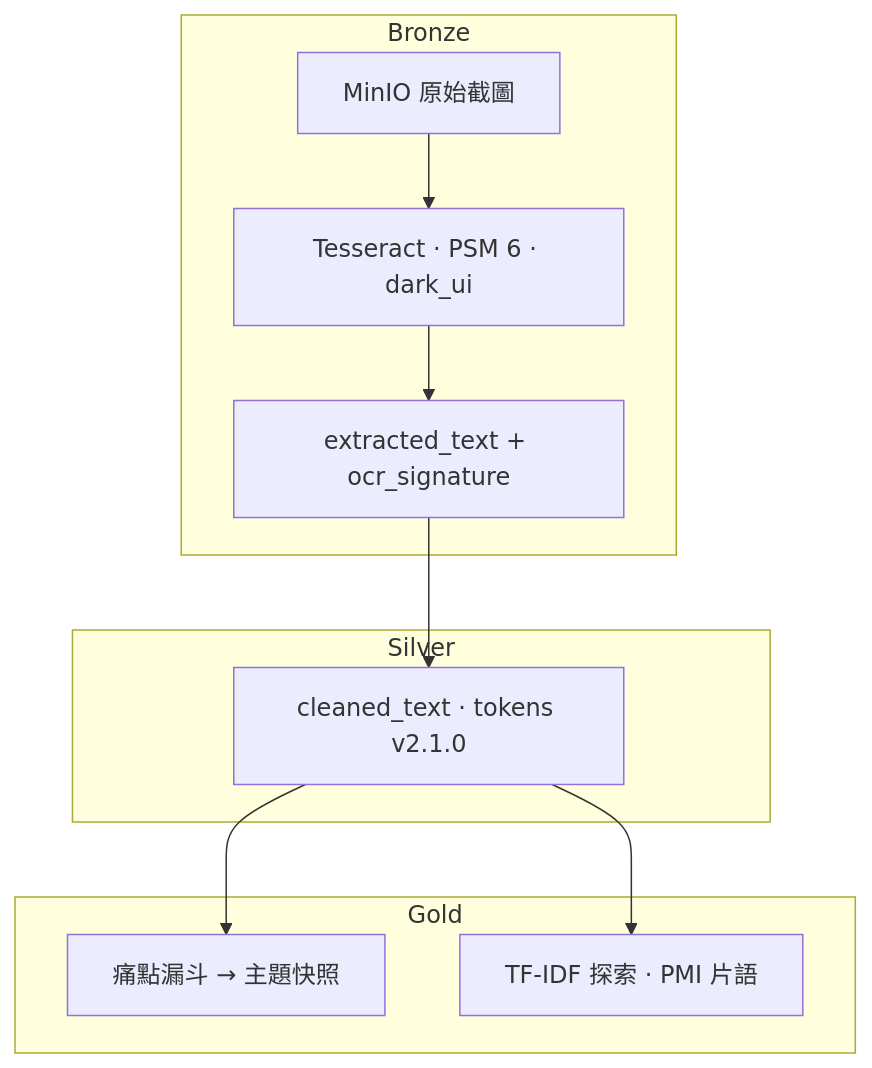
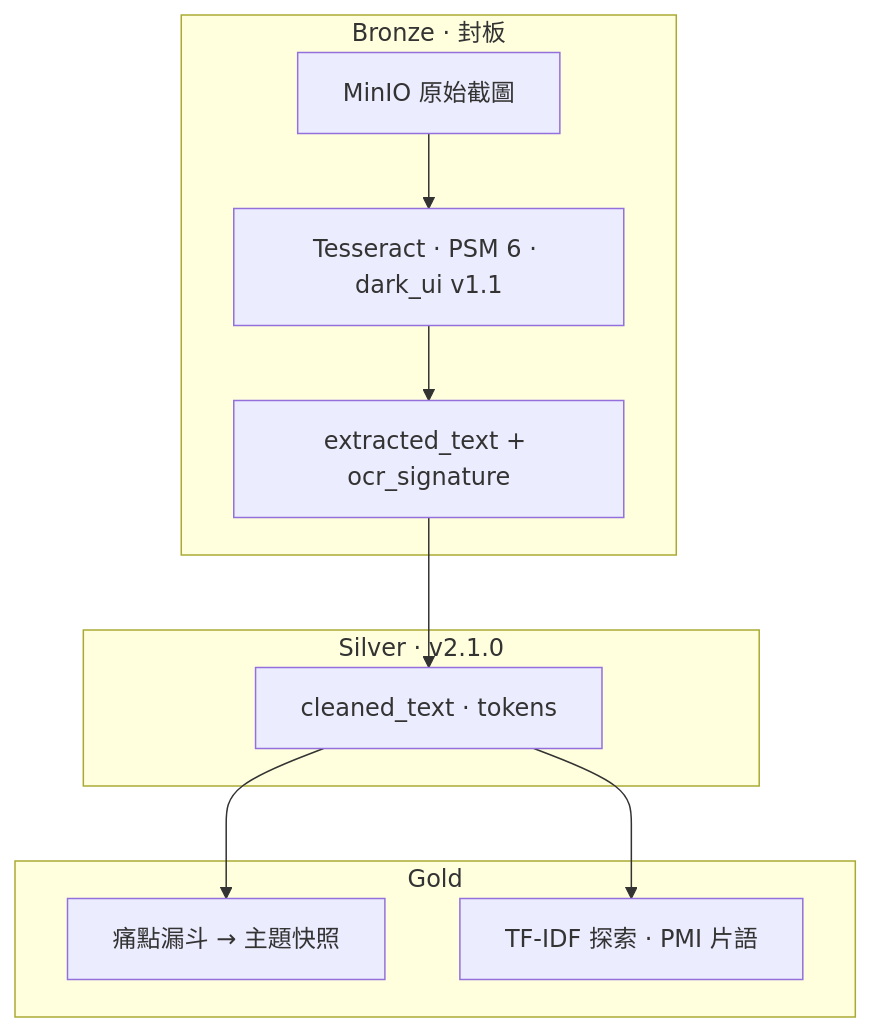
Before and after one commit to mikao07/deltalake_spark_minio_flask: the diagram in README.md, drawn with Mermaid. The commit also changed other lines of this file, not shown here.

````diff
--- a/README.md
+++ b/README.md
@@ -13,14 +25,14 @@
 ```mermaid
 flowchart TB
-  subgraph bronze [Bronze]
-    IMG[MinIO 原始截圖] --> OCR[Tesseract · PSM 6 · dark_ui]
+  subgraph bronze [Bronze · 封板]
+    IMG[MinIO 原始截圖] --> OCR[Tesseract · PSM 6 · dark_ui v1.1]
     OCR --> EXT[extracted_text + ocr_signature]
   end
-  subgraph silver [Silver]
-    EXT --> CLEAN[cleaned_text · tokens v2.1.0]
+  subgraph silver [Silver · v2.1.0]
+    EXT --> CLEAN[cleaned_text · tokens]
   end
   subgraph gold [Gold]
     CLEAN --> FUNNEL[痛點漏斗 → 主題快照]
     CLEAN --> TFIDF[TF-IDF 探索 · PMI 片語]
   end
 ```
````
